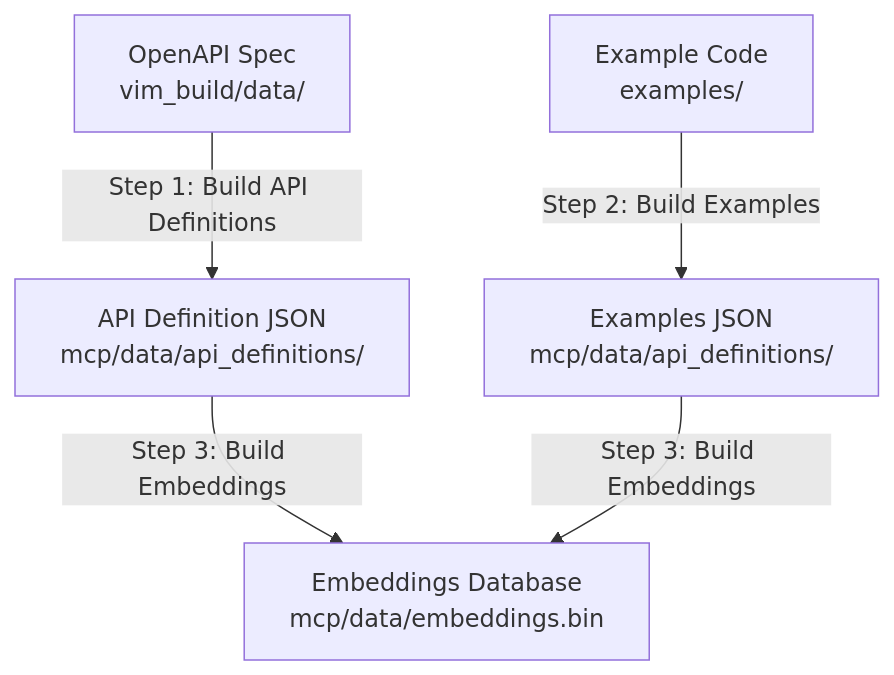
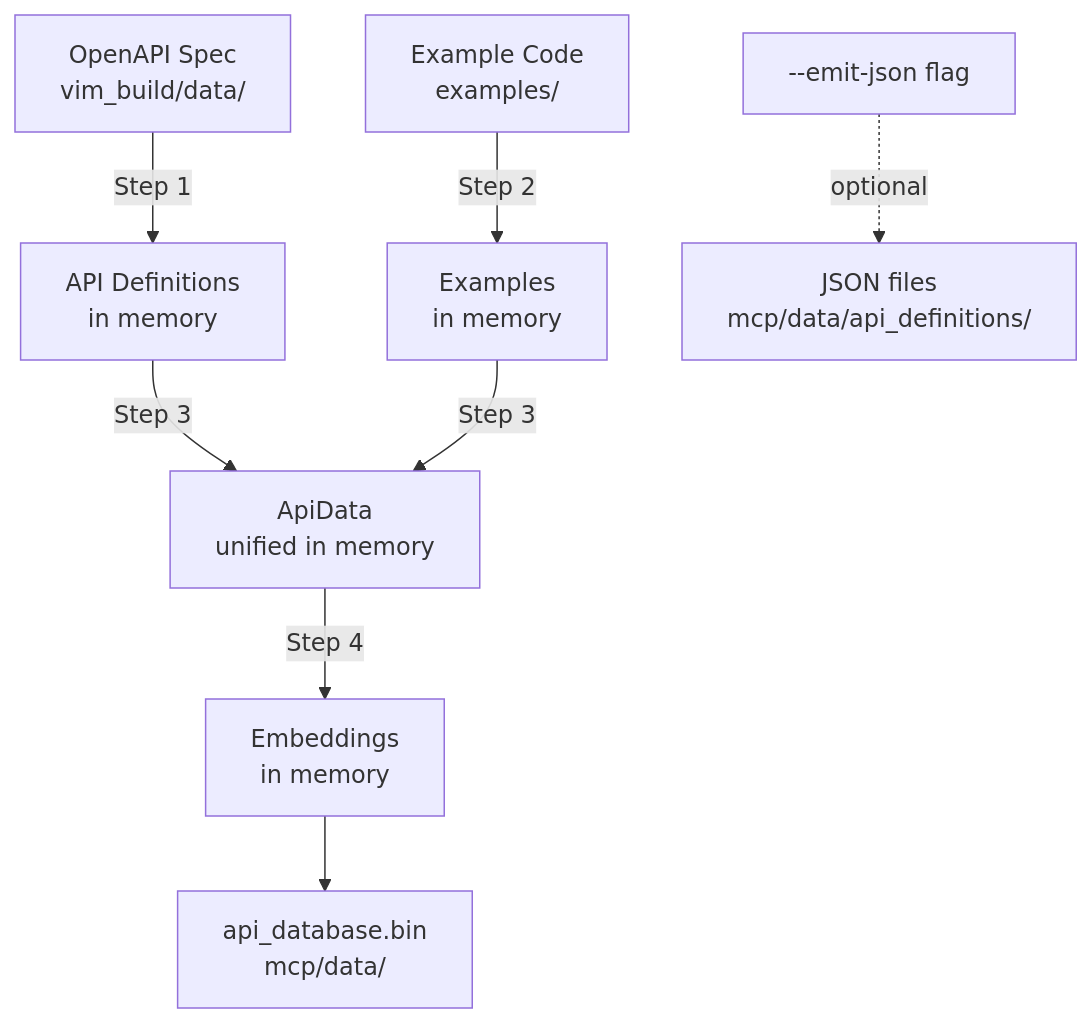
The first of 2 diagrams in mcp/data_processing/data_transformer/README.md (noclue/vim_rs), drawn with Mermaid before and after one commit. The commit also changed other lines of this file, not shown here.

Commit message:
update the data-transformer README

````diff
--- a/mcp/data_processing/data_transformer/README.md
+++ b/mcp/data_processing/data_transformer/README.md
@@ -16,9 +51,11 @@
 ```mermaid
 graph TD
-    E[OpenAPI Spec<br/>vim_build/data/] -->|Step 1: Build API Definitions| F[API Definition JSON<br/>mcp/data/api_definitions/]
+    A[OpenAPI Spec<br/>vim_build/data/] -->|Step 1| B[API Definitions<br/>in memory]
+    C[Example Code<br/>examples/] -->|Step 2| D[Examples<br/>in memory]
+    B -->|Step 3| E[ApiData<br/>unified in memory]
+    D -->|Step 3| E
+    E -->|Step 4| F[Embeddings<br/>in memory]
+    F --> G[api_database.bin<br/>mcp/data/]
     
-    G[Example Code<br/>examples/] -->|Step 2: Build Examples| H[Examples JSON<br/>mcp/data/api_definitions/]
-    
-    F -->|Step 3: Build Embeddings| I[Embeddings Database<br/>mcp/data/embeddings.bin]
-    H -->|Step 3: Build Embeddings| I
+    H[--emit-json flag] -.->|optional| I[JSON files<br/>mcp/data/api_definitions/]
 ```
````
